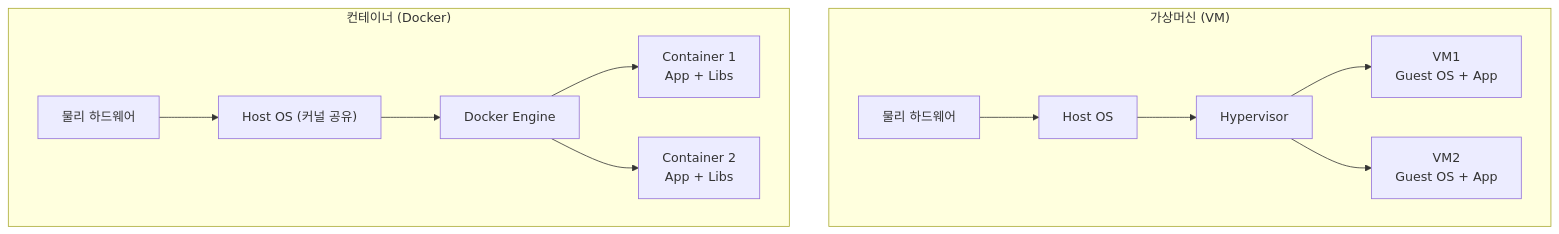
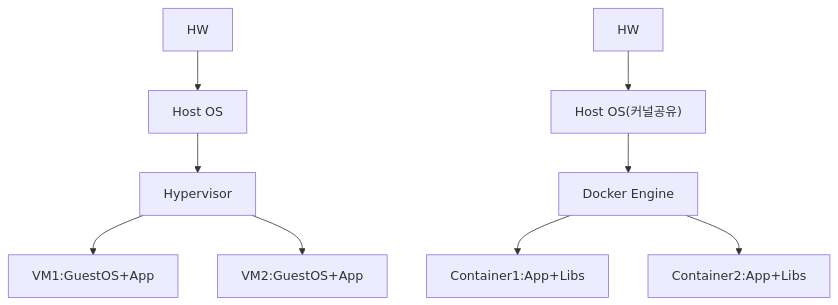
Before and after one commit to yjkim2015/yjkim2015.github.io: the first of 2 diagrams in _posts/cloud/2026-05-01-docker.md, drawn with Mermaid. The commit also changed 215 other files, not shown here.

First line of the commit message:
신규 포스트 10개 추가 + Mermaid 전면 축소 + SystemDesign 시리즈 보강

````diff
--- a/_posts/cloud/2026-05-01-docker.md
+++ b/_posts/cloud/2026-05-01-docker.md
@@ -21,22 +21,5 @@
 ```mermaid
 graph TD
-    subgraph "가상머신 (VM)"
-        HW1["물리 하드웨어"]
-        OS1["Host OS"]
-        HV["Hypervisor"]
-        VM1["VM1\nGuest OS + App"]
-        VM2["VM2\nGuest OS + App"]
-        HW1 --> OS1 --> HV --> VM1
-        HV --> VM2
-    end
-
-    subgraph "컨테이너 (Docker)"
-        HW2["물리 하드웨어"]
-        OS2["Host OS (커널 공유)"]
-        DE["Docker Engine"]
-        C1["Container 1\nApp + Libs"]
-        C2["Container 2\nApp + Libs"]
-        HW2 --> OS2 --> DE --> C1
-        DE --> C2
-    end
+    HW1["HW"] --> OS1["Host OS"] --> HV["Hypervisor"] --> VM1["VM1:GuestOS+App"] & VM2["VM2:GuestOS+App"]
+    HW2["HW"] --> OS2["Host OS(커널공유)"] --> DE["Docker Engine"] --> C1["Container1:App+Libs"] & C2["Container2:App+Libs"]
 ```
````
